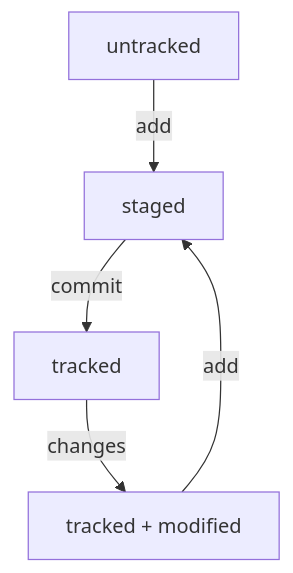
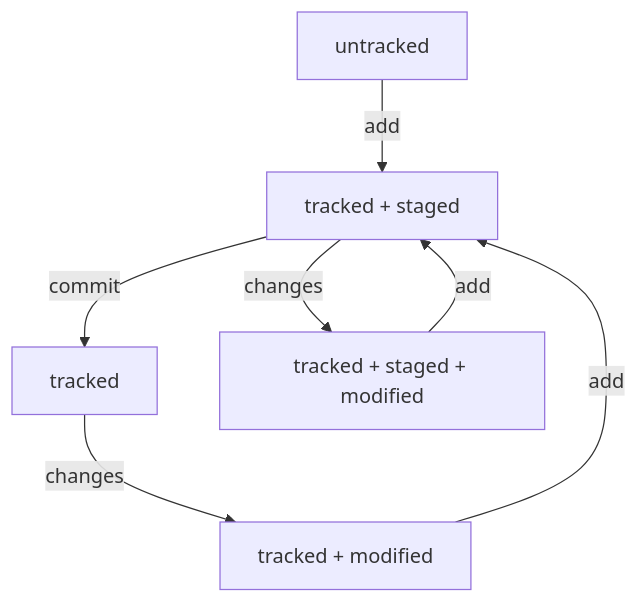
One commit to svbabaya/how-to-work-with-git changed the diagram in README.md. Above: the diagram before and after it, drawn with Mermaid. The commit also changed other lines of this file, not shown here.

Commit message:
Add info about statuses and fix scheme

````diff
--- a/README.md
+++ b/README.md
@@ -87,7 +87,9 @@
 ```mermaid
 graph TD;
       A[untracked] -- add --> B[staged];
-      B[staged] -- commit --> C[tracked];
+      B[tracked + staged] -- commit --> C[tracked];
       C[tracked] -- changes --> D[tracked + modified];
-      D[tracked + modified] -- add --> B[staged];
+      D[tracked + modified] -- add --> B[tracked + staged];
+      B[tracked + staged] -- changes --> E[tracked + staged + modified]
+      E[tracked + staged + modified] -- add --> B[tracked + staged]
 ```
````
